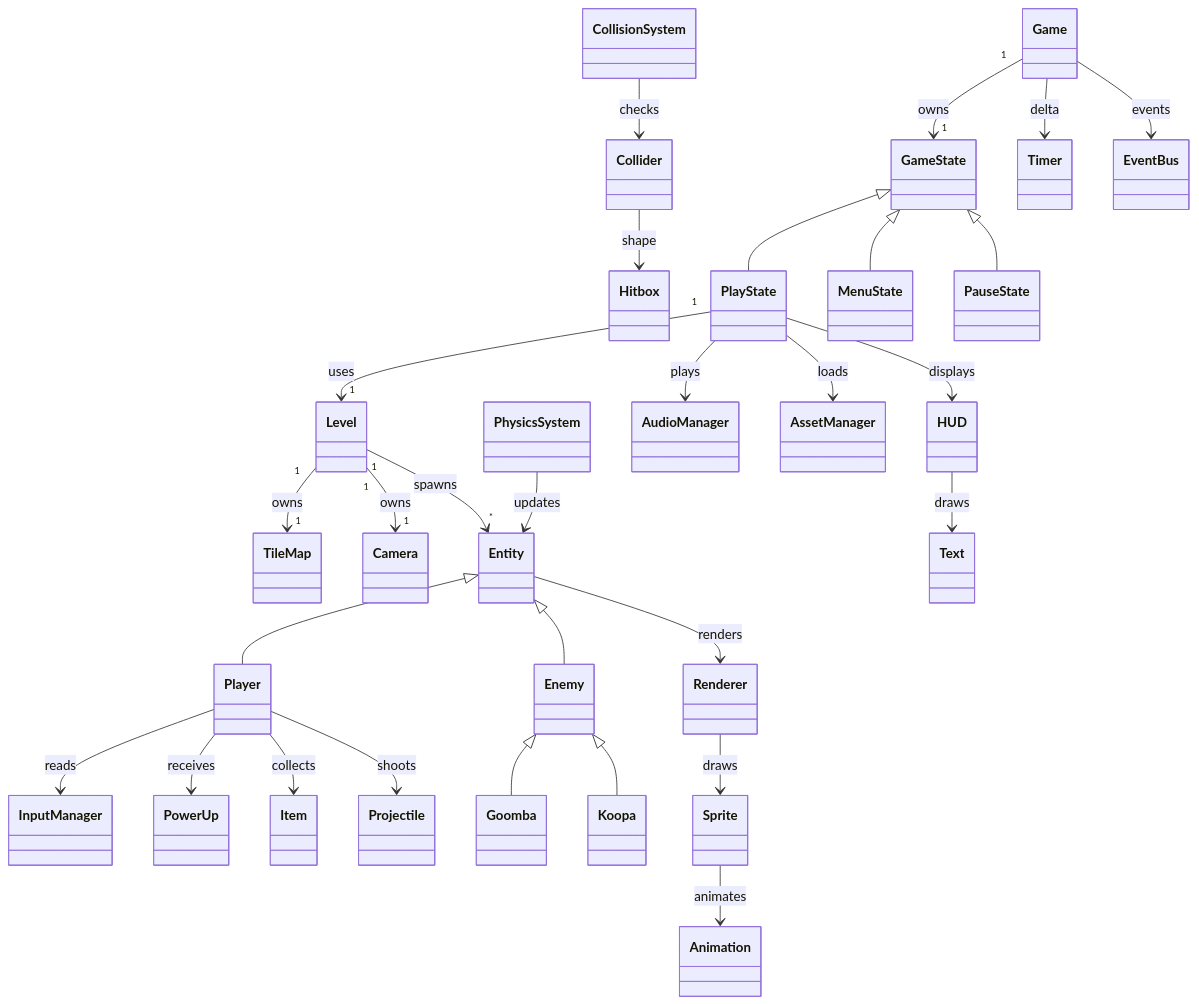
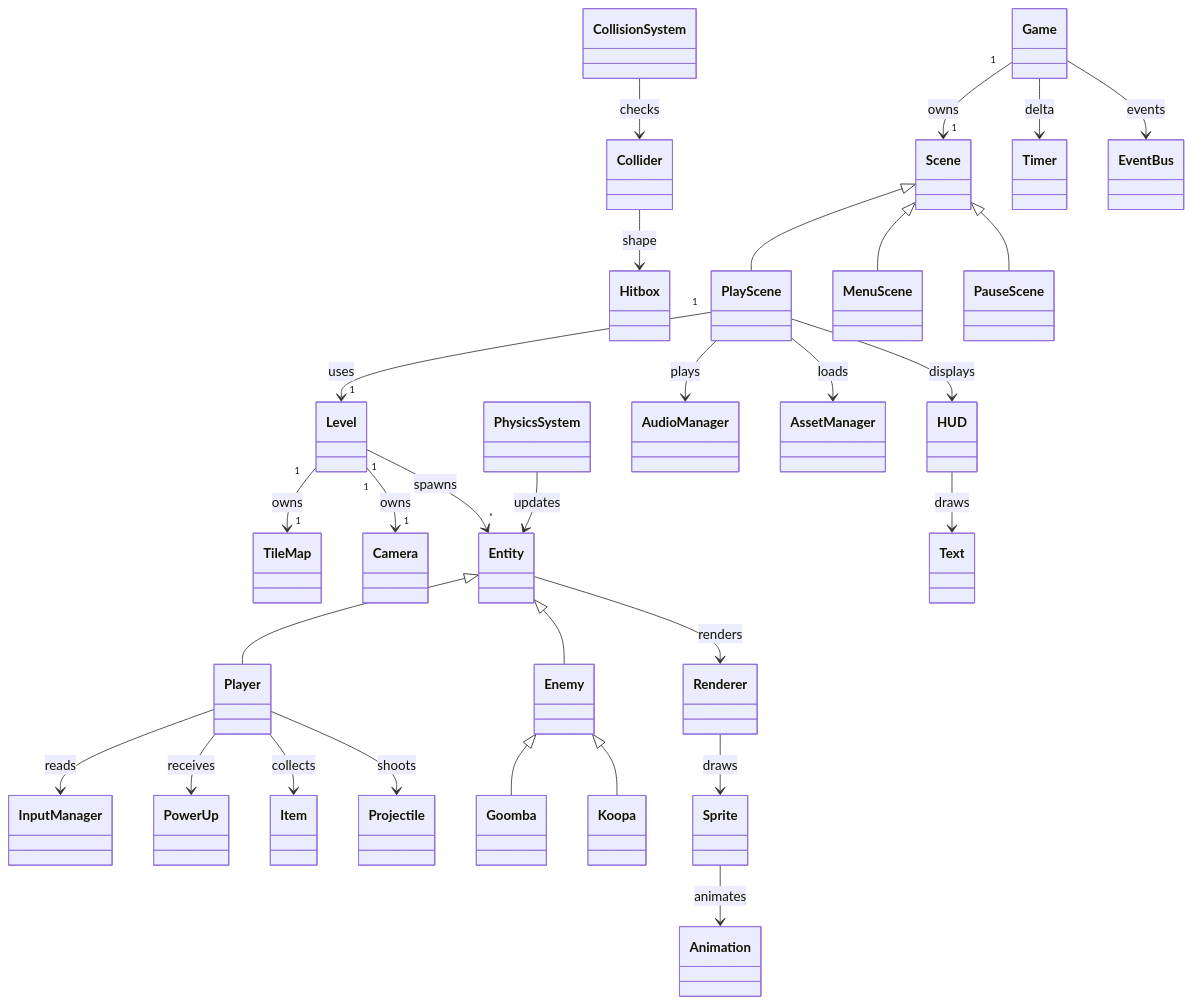
One commit to Virtualandscape/MarioCPP2026 changed the diagram in docs/class_diagram.md. Above: the diagram before and after it, drawn with Mermaid. The commit also changed 4 other files, not shown here.

````diff
--- a/docs/class_diagram.md
+++ b/docs/class_diagram.md
@@ -3,79 +3,79 @@
 ```mermaid
 classDiagram
     class Game
-    class GameState
-    class PlayState
-    class MenuState
-    class PauseState
+    class Scene
+    class PlayScene
+    class MenuScene
+    class PauseScene
 
     class Level
     class TileMap
     class Camera
 
     class Entity
     class Player
     class Enemy
     class Goomba
     class Koopa
 
     class PhysicsSystem
     class CollisionSystem
     class Collider
     class Hitbox
 
     class InputManager
 
     class Renderer
     class Sprite
     class Animation
 
     class AudioManager
     class AssetManager
 
     class HUD
     class Text
 
     class PowerUp
     class Item
     class Projectile
 
     class Timer
     class EventBus
 
-    Game "1" --> "1" GameState : owns
-    GameState <|-- PlayState
-    GameState <|-- MenuState
-    GameState <|-- PauseState
+    Game "1" --> "1" Scene : owns
+    Scene <|-- PlayScene
+    Scene <|-- MenuScene
+    Scene <|-- PauseScene
 
-    PlayState "1" --> "1" Level : uses
+    PlayScene "1" --> "1" Level : uses
     Level "1" --> "1" TileMap : owns
     Level "1" --> "1" Camera : owns
 
     Level "1" --> "*" Entity : spawns
     Entity <|-- Player
     Entity <|-- Enemy
     Enemy <|-- Goomba
     Enemy <|-- Koopa
 
     PhysicsSystem --> Entity : updates
     CollisionSystem --> Collider : checks
     Collider --> Hitbox : shape
 
     Player --> InputManager : reads
     Entity --> Renderer : renders
     Renderer --> Sprite : draws
     Sprite --> Animation : animates
 
-    PlayState --> AudioManager : plays
-    PlayState --> AssetManager : loads
+    PlayScene --> AudioManager : plays
+    PlayScene --> AssetManager : loads
 
-    PlayState --> HUD : displays
+    PlayScene --> HUD : displays
     HUD --> Text : draws
 
     Player --> PowerUp : receives
     Player --> Item : collects
     Player --> Projectile : shoots
 
     Game --> Timer : delta
     Game --> EventBus : events
 ```
````
